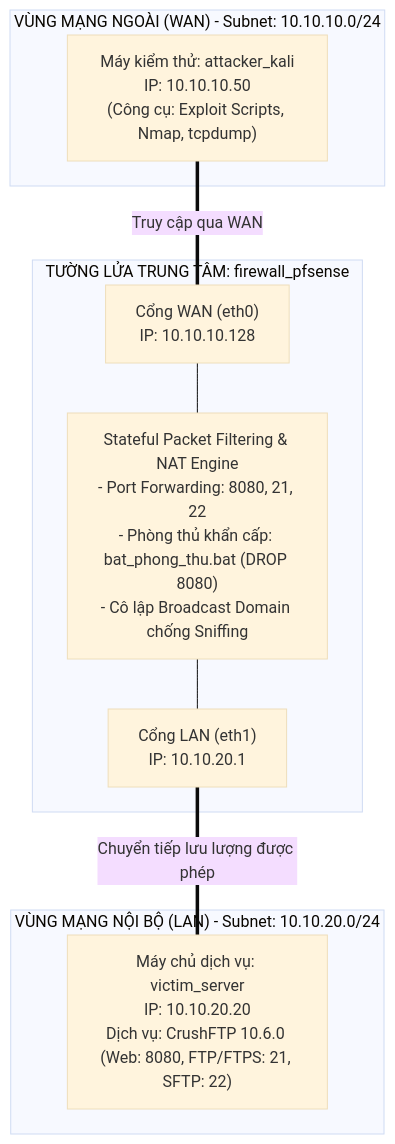
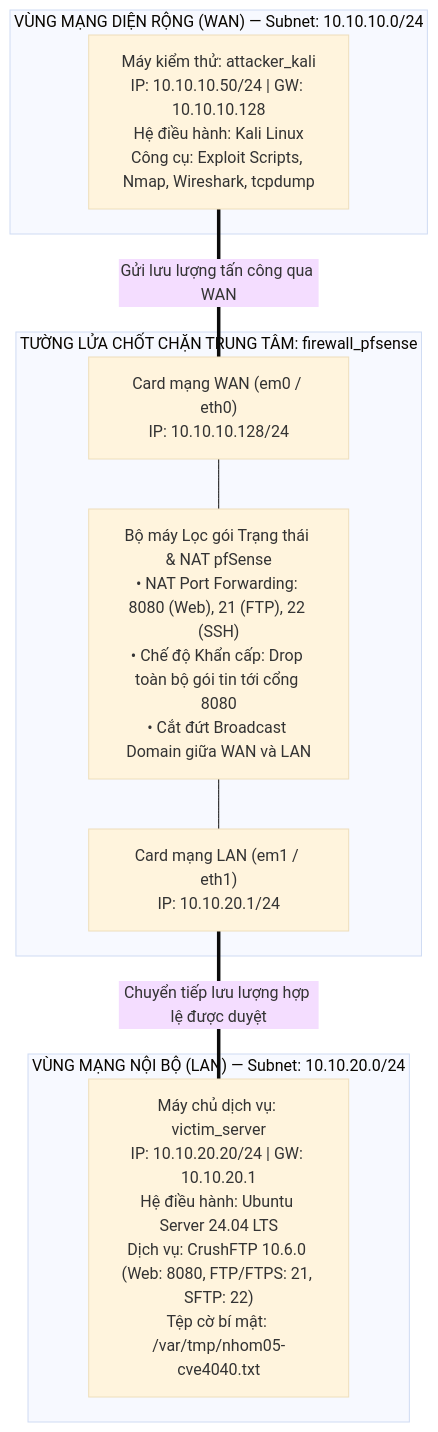
One commit to Snoopyz1/BTL_ATM changed the diagram in README.md. Above: the diagram before and after it, drawn with Mermaid (base theme). The commit also changed other lines of this file, not shown here.

````diff
--- a/README.md
+++ b/README.md
@@ -84,20 +124,20 @@
 ```mermaid
 graph TD
-    subgraph WAN ["VÙNG MẠNG NGOÀI (WAN) - Subnet: 10.10.10.0/24"]
-        Attacker["Máy kiểm thử: attacker_kali<br>IP: 10.10.10.50<br>(Công cụ: Exploit Scripts, Nmap, tcpdump)"]
+    subgraph WAN ["VÙNG MẠNG DIỆN RỘNG (WAN) — Subnet: 10.10.10.0/24"]
+        Attacker["Máy kiểm thử: attacker_kali<br>IP: 10.10.10.50/24 | GW: 10.10.10.128<br>Hệ điều hành: Kali Linux<br>Công cụ: Exploit Scripts, Nmap, Wireshark, tcpdump"]
     end
 
-    subgraph FW ["TƯỜNG LỬA TRUNG TÂM: firewall_pfsense"]
-        WAN_IF["Cổng WAN (eth0)<br>IP: 10.10.10.128"]
-        NAT_ENG["Stateful Packet Filtering & NAT Engine<br>- Port Forwarding: 8080, 21, 22<br>- Phòng thủ khẩn cấp: bat_phong_thu.bat (DROP 8080)<br>- Cô lập Broadcast Domain chống Sniffing"]
-        LAN_IF["Cổng LAN (eth1)<br>IP: 10.10.20.1"]
-        WAN_IF --- NAT_ENG --- LAN_IF
+    subgraph FW ["TƯỜNG LỬA CHỐT CHẶN TRUNG TÂM: firewall_pfsense"]
+        WAN_IF["Card mạng WAN (em0 / eth0)<br>IP: 10.10.10.128/24"]
+        CORE_FW["Bộ máy Lọc gói Trạng thái & NAT pfSense<br>• NAT Port Forwarding: 8080 (Web), 21 (FTP), 22 (SSH)<br>• Chế độ Khẩn cấp: Drop toàn bộ gói tin tới cổng 8080<br>• Cắt đứt Broadcast Domain giữa WAN và LAN"]
+        LAN_IF["Card mạng LAN (em1 / eth1)<br>IP: 10.10.20.1/24"]
+        WAN_IF --- CORE_FW --- LAN_IF
     end
 
-    subgraph LAN ["VÙNG MẠNG NỘI BỘ (LAN) - Subnet: 10.10.20.0/24"]
-        Victim["Máy chủ dịch vụ: victim_server<br>IP: 10.10.20.20<br>Dịch vụ: CrushFTP 10.6.0 (Web: 8080, FTP/FTPS: 21, SFTP: 22)"]
+    subgraph LAN ["VÙNG MẠNG NỘI BỘ (LAN) — Subnet: 10.10.20.0/24"]
+        Victim["Máy chủ dịch vụ: victim_server<br>IP: 10.10.20.20/24 | GW: 10.10.20.1<br>Hệ điều hành: Ubuntu Server 24.04 LTS<br>Dịch vụ: CrushFTP 10.6.0 (Web: 8080, FTP/FTPS: 21, SFTP: 22)<br>Tệp cờ bí mật: /var/tmp/nhom05-cve4040.txt"]
     end
 
-    Attacker ===|Truy cập qua WAN| WAN_IF
-    LAN_IF ===|Chuyển tiếp lưu lượng được phép| Victim
+    Attacker ===|Gửi lưu lượng tấn công qua WAN| WAN_IF
+    LAN_IF ===|Chuyển tiếp lưu lượng hợp lệ được duyệt| Victim
 ```
````
